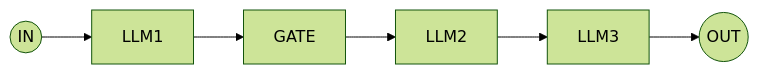
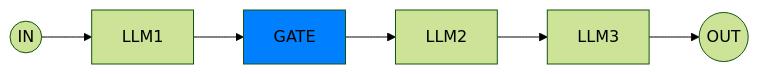
The first of 3 diagrams in README.md (sovan92/agent), drawn with Mermaid (forest theme) before and after one commit. The commit also changed other lines of this file, not shown here.

````diff
--- a/README.md
+++ b/README.md
@@ -6,8 +6,11 @@
 ```mermaid
 flowchart LR;
     IN((IN))-->LLM1;
     LLM1-->GATE;
     GATE-->LLM2;
     LLM2-->LLM3;
     LLM3-->OUT((OUT));
+
+classDef blue fill:#0080FE
+class GATE blue
 ```
````
